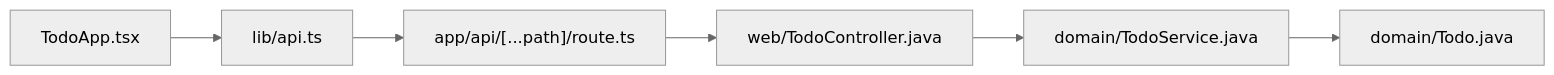
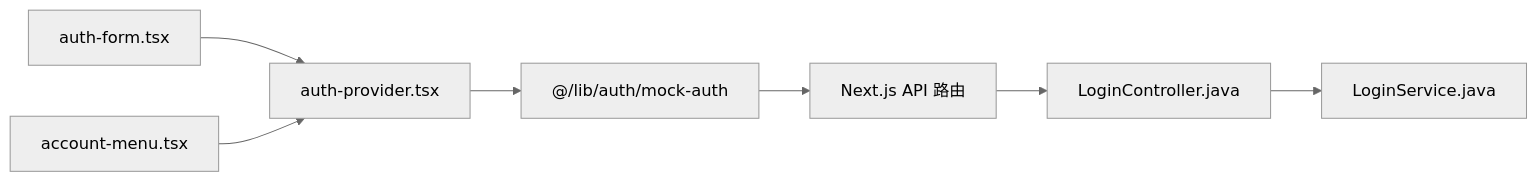
One commit to luyitiger6/my-first-project changed the third of 4 diagrams in .qoder/repowiki/zh/content/前端开发/Todo 组件实现.md. Above: the diagram before and after it, drawn with Mermaid (neutral theme). The commit also changed other lines of this file and 42 other files, not shown here.

````diff
--- a/.qoder/repowiki/zh/content/前端开发/Todo 组件实现.md
+++ b/.qoder/repowiki/zh/content/前端开发/Todo 组件实现.md
@@ -260,8 +210,9 @@
 ```mermaid
 graph LR
-TodoApp["TodoApp.tsx"] --> Api["lib/api.ts"]
-Api --> Route["app/api/[...path]/route.ts"]
-Route --> Controller["web/TodoController.java"]
-Controller --> Service["domain/TodoService.java"]
-Service --> Model["domain/Todo.java"]
+AuthForm["auth-form.tsx"] --> AuthProvider["auth-provider.tsx"]
+AccountMenu["account-menu.tsx"] --> AuthProvider["auth-provider.tsx"]
+AuthProvider --> MockAuth["@/lib/auth/mock-auth"]
+MockAuth --> API["Next.js API 路由"]
+API --> LoginController["LoginController.java"]
+LoginController --> LoginService["LoginService.java"]
 ```
````
